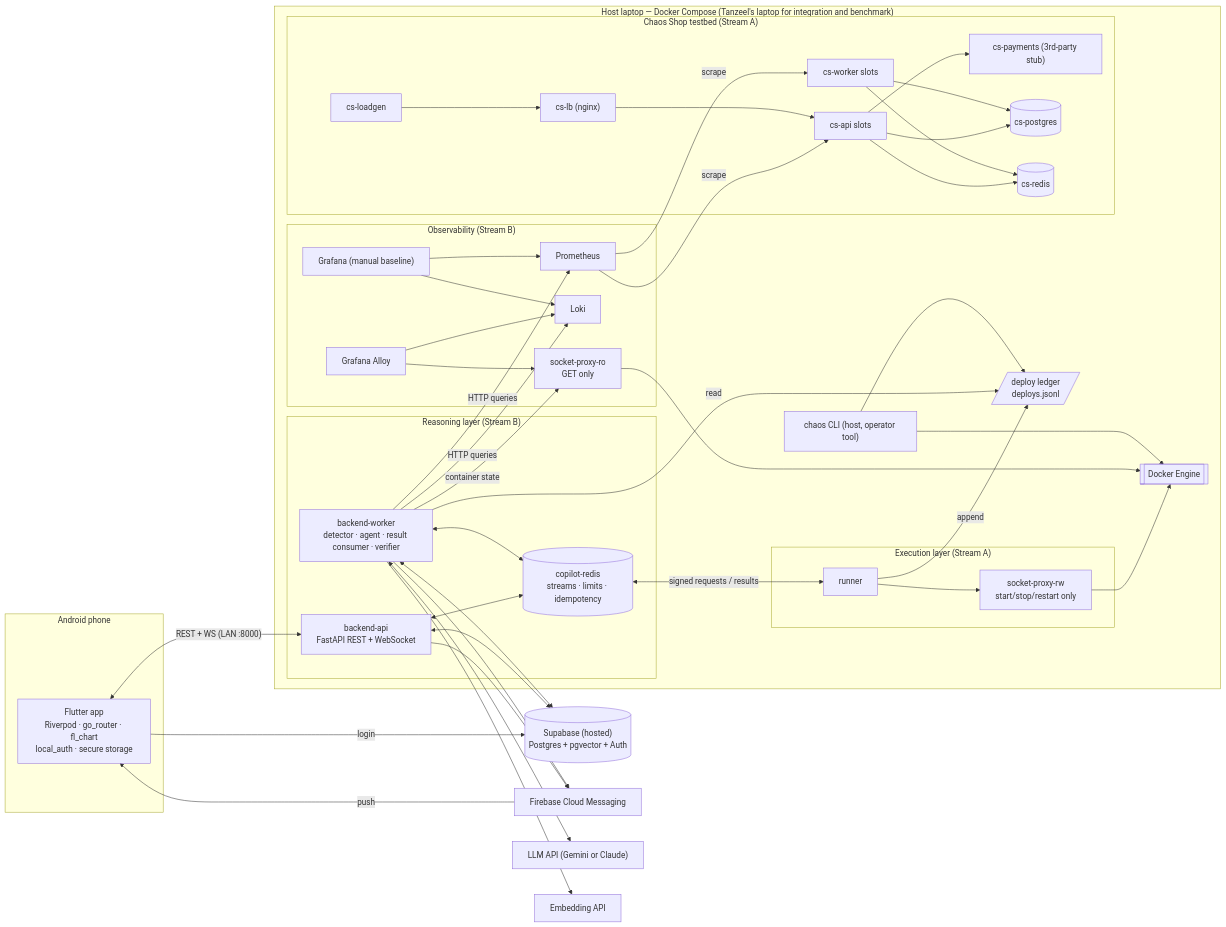
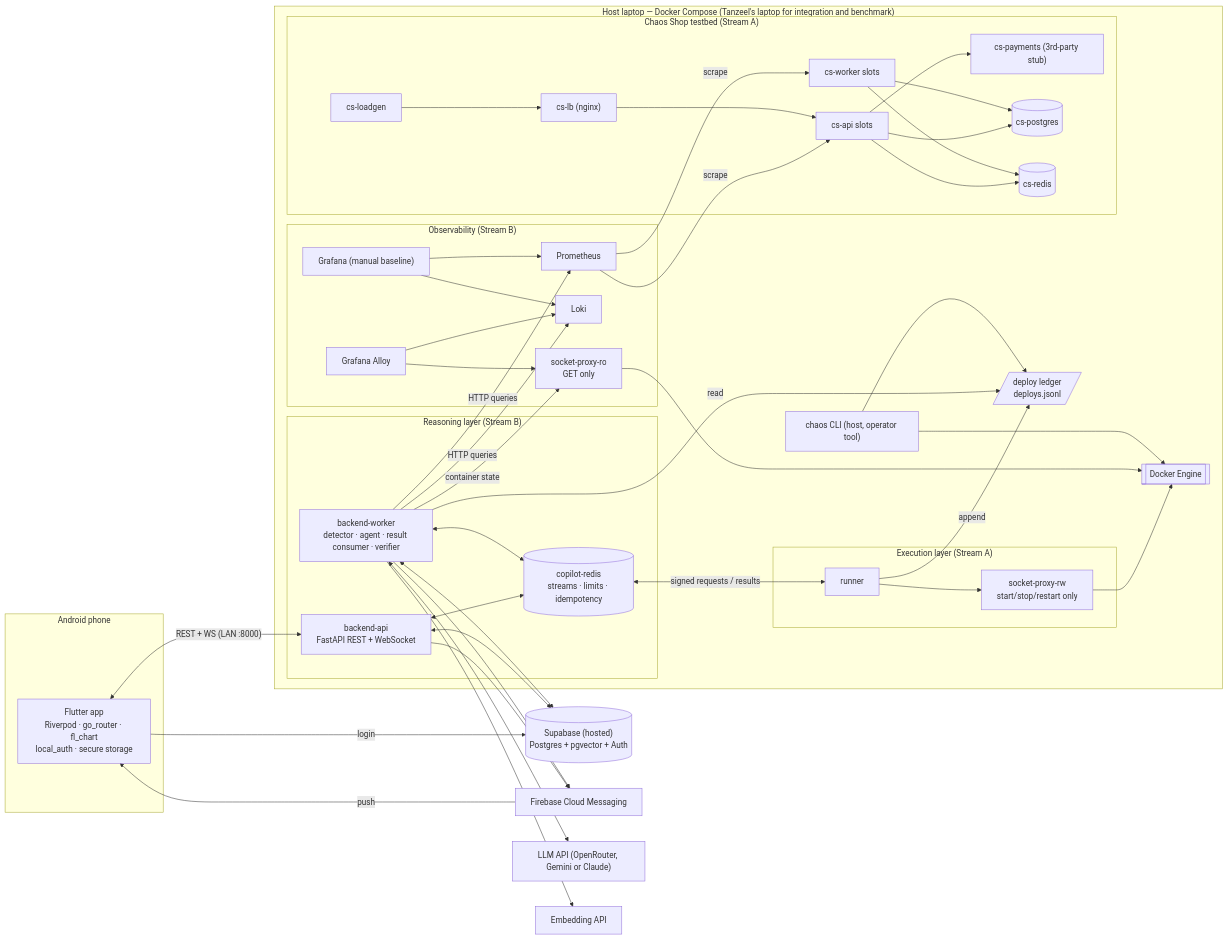
Before and after one commit to f243077-cell/OneCallPilot: the first of 6 diagrams in docs/architecture.md, drawn with Mermaid. The commit also changed other lines of this file and 2 other files, not shown here.

First line of the commit message:
docs(adr): ADR-23 LLM and embeddings through OpenRouter

````diff
--- a/docs/architecture.md
+++ b/docs/architecture.md
@@ -48,76 +49,76 @@
 ```mermaid
 flowchart LR
   subgraph PHONE["Android phone"]
     APP["Flutter app<br/>Riverpod · go_router · fl_chart<br/>local_auth · secure storage"]
   end
 
   subgraph HOST["Host laptop — Docker Compose (Tanzeel's laptop for integration and benchmark)"]
     subgraph REASON["Reasoning layer (Stream B)"]
       API["backend-api<br/>FastAPI REST + WebSocket"]
       WRK["backend-worker<br/>detector · agent · result consumer · verifier"]
       CR[("copilot-redis<br/>streams · limits · idempotency")]
     end
     subgraph OBS["Observability (Stream B)"]
       PROM["Prometheus"]
       LOKI["Loki"]
       ALLOY["Grafana Alloy"]
       GRAF["Grafana (manual baseline)"]
       PRO["socket-proxy-ro<br/>GET only"]
     end
     subgraph EXEC["Execution layer (Stream A)"]
       RUN["runner"]
       PRW["socket-proxy-rw<br/>start/stop/restart only"]
     end
     subgraph TB["Chaos Shop testbed (Stream A)"]
       LB["cs-lb (nginx)"]
       CAPI["cs-api slots"]
       CWK["cs-worker slots"]
       PAY["cs-payments (3rd-party stub)"]
       CPG[("cs-postgres")]
       CRD[("cs-redis")]
       LG["cs-loadgen"]
     end
     DE[["Docker Engine"]]
     LED[/"deploy ledger<br/>deploys.jsonl"/]
     CLI["chaos CLI (host, operator tool)"]
   end
 
   SUPA[("Supabase (hosted)<br/>Postgres + pgvector + Auth")]
   FCM["Firebase Cloud Messaging"]
-  LLM["LLM API (Gemini or Claude)"]
+  LLM["LLM API (OpenRouter, Gemini or Claude)"]
   EMB["Embedding API"]
 
   APP <-- "REST + WS (LAN :8000)" --> API
   FCM -- "push" --> APP
   APP -- "login" --> SUPA
   API <--> CR
   WRK <--> CR
   API <--> SUPA
   WRK <--> SUPA
   WRK -- "HTTP queries" --> PROM
   WRK -- "HTTP queries" --> LOKI
   WRK -- "container state" --> PRO
   WRK -- "read" --> LED
   WRK <--> LLM
   WRK --> EMB
   API --> FCM
   WRK --> FCM
   CR <-- "signed requests / results" --> RUN
   RUN --> PRW --> DE
   RUN -- "append" --> LED
   PRO --> DE
   ALLOY --> PRO
   ALLOY --> LOKI
   PROM -- "scrape" --> CAPI
   PROM -- "scrape" --> CWK
   LG --> LB --> CAPI
   CAPI --> CPG
   CAPI --> CRD
   CAPI --> PAY
   CWK --> CRD
   CWK --> CPG
   CLI --> DE
   CLI --> LED
   GRAF --> PROM
   GRAF --> LOKI
 ```
````
